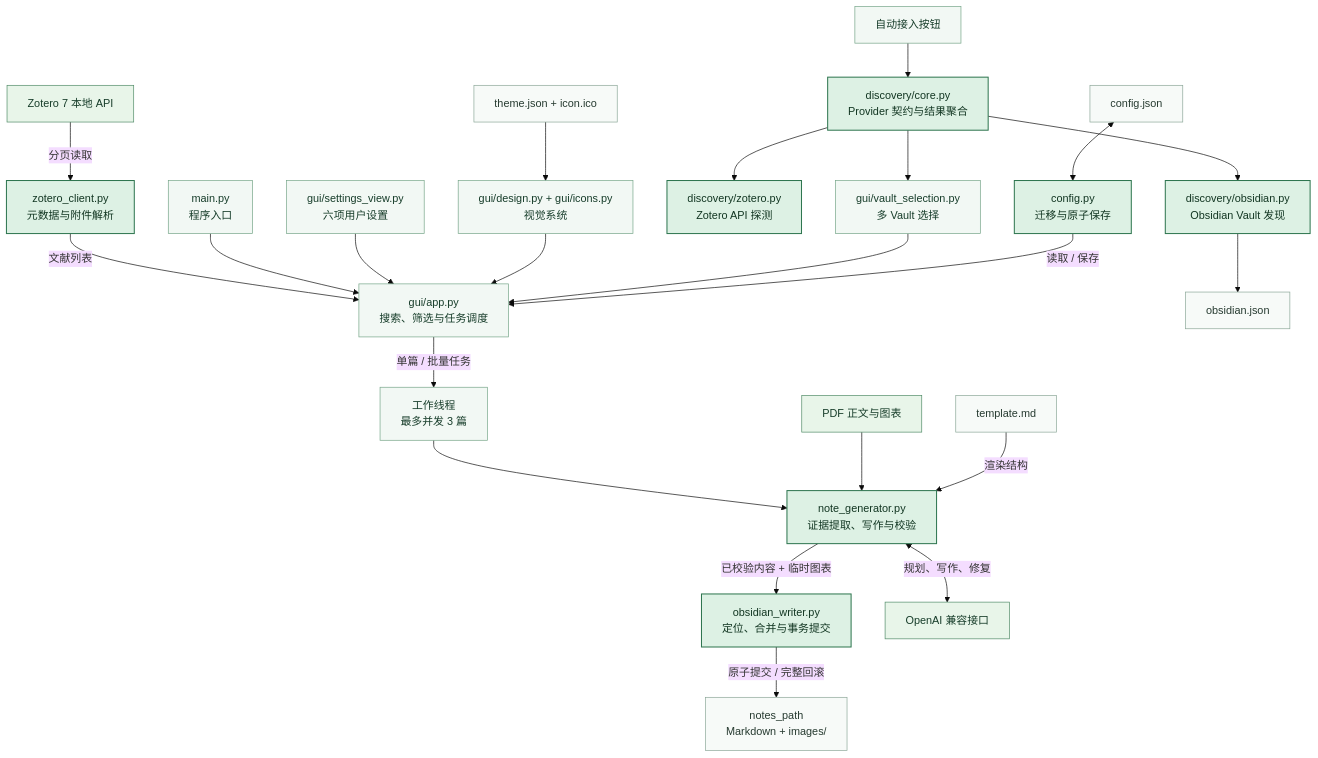
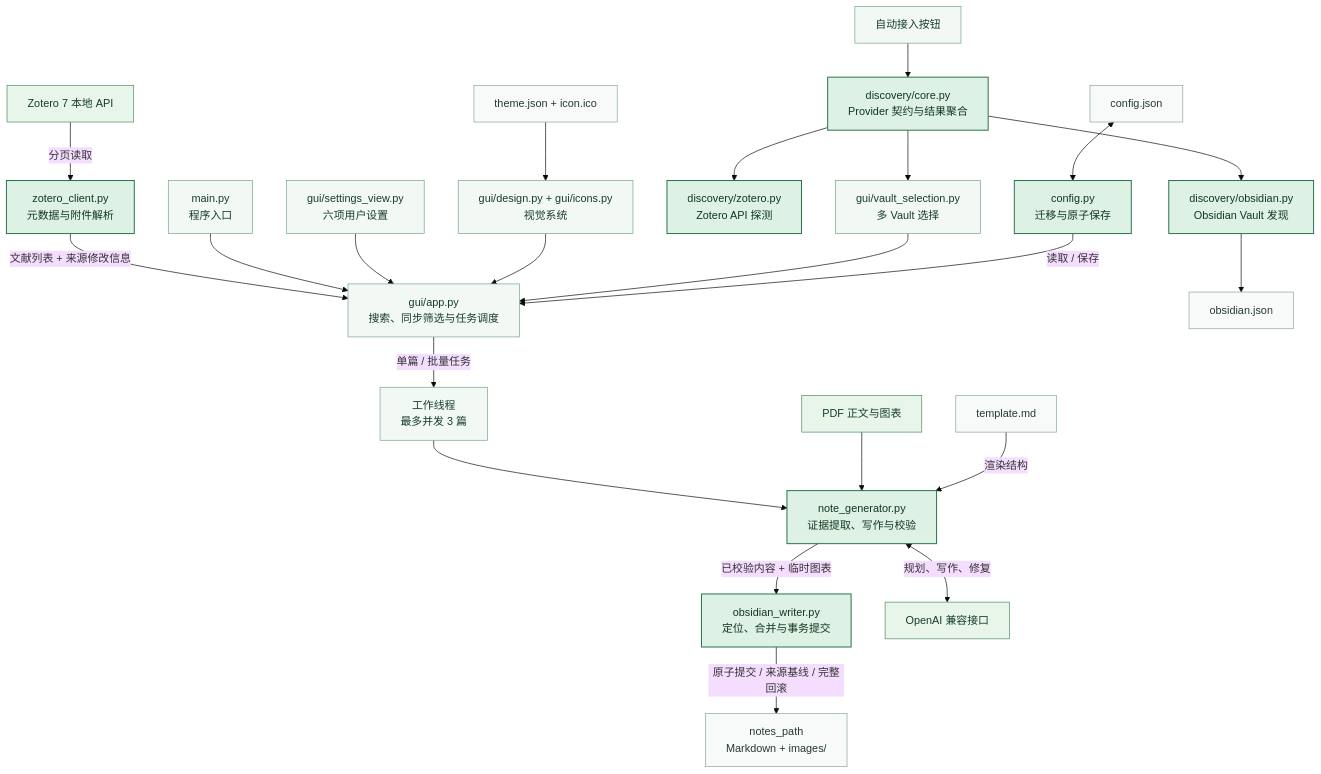
Before and after one commit to S0gn-G/ZOTERO-OBS: the diagram in README.md, drawn with Mermaid. The commit also changed other lines of this file and 7 other files, not shown here.

````diff
--- a/README.md
+++ b/README.md
@@ -134,38 +138,38 @@
 ```mermaid
 %%{init: {"theme": "base", "themeVariables": {"fontFamily": "Microsoft YaHei UI, sans-serif"}}}%%
 flowchart TB
     ZOTERO["Zotero 7 本地 API"] -->|"分页读取"| ZCLIENT["zotero_client.py<br/>元数据与附件解析"]
-    ZCLIENT -->|"文献列表"| APP["gui/app.py<br/>搜索、筛选与任务调度"]
+    ZCLIENT -->|"文献列表 + 来源修改信息"| APP["gui/app.py<br/>搜索、同步筛选与任务调度"]
     APP -->|"单篇 / 批量任务"| WORKERS["工作线程<br/>最多并发 3 篇"]
     WORKERS --> GENERATOR["note_generator.py<br/>证据提取、写作与校验"]
     GENERATOR -->|"已校验内容 + 临时图表"| WRITER["obsidian_writer.py<br/>定位、合并与事务提交"]
-    WRITER -->|"原子提交 / 完整回滚"| NOTES["notes_path<br/>Markdown + images/"]
+    WRITER -->|"原子提交 / 来源基线 / 完整回滚"| NOTES["notes_path<br/>Markdown + images/"]
 
     ENTRY["main.py<br/>程序入口"] --> APP
     SETTINGS["gui/settings_view.py<br/>六项用户设置"] --> APP
     VISUAL["gui/design.py + gui/icons.py<br/>视觉系统"] --> APP
     AUTOCONNECT["自动接入按钮"] --> DISCOVERY["discovery/core.py<br/>Provider 契约与结果聚合"]
     DISCOVERY --> ZPROVIDER["discovery/zotero.py<br/>Zotero API 探测"]
     DISCOVERY --> OPROVIDER["discovery/obsidian.py<br/>Obsidian Vault 发现"]
     OPROVIDER --> OBSREG["obsidian.json"]
     DISCOVERY --> VAULTUI["gui/vault_selection.py<br/>多 Vault 选择"]
     VAULTUI --> APP
 
     CFGFILE["config.json"] <--> CONFIG["config.py<br/>迁移与原子保存"]
     CONFIG -->|"读取 / 保存"| APP
     THEME["theme.json + icon.ico"] --> VISUAL
 
     PDF["PDF 正文与图表"] --> GENERATOR
     TEMPLATE["template.md"] -->|"渲染结构"| GENERATOR
     GENERATOR <-->|"规划、写作、修复"| LLM["OpenAI 兼容接口"]
 
     classDef source fill:#E8F5E9,stroke:#4F8A66,color:#173D2A,stroke-width:1px;
     classDef ui fill:#F2F8F4,stroke:#74A487,color:#173D2A,stroke-width:1px;
     classDef core fill:#DDF1E4,stroke:#2F7650,color:#123622,stroke-width:1.5px;
     classDef storage fill:#F7FAF8,stroke:#8AA697,color:#263A30,stroke-width:1px;
 
     class ZOTERO,PDF,LLM source;
     class ENTRY,APP,SETTINGS,VISUAL,WORKERS,AUTOCONNECT,VAULTUI ui;
     class ZCLIENT,GENERATOR,WRITER,CONFIG,DISCOVERY,ZPROVIDER,OPROVIDER core;
     class CFGFILE,THEME,TEMPLATE,NOTES,OBSREG storage;
 ```
````
